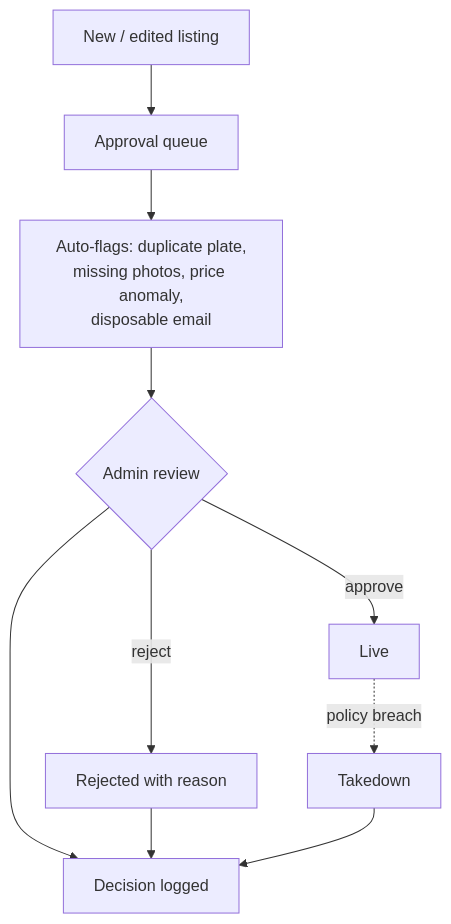
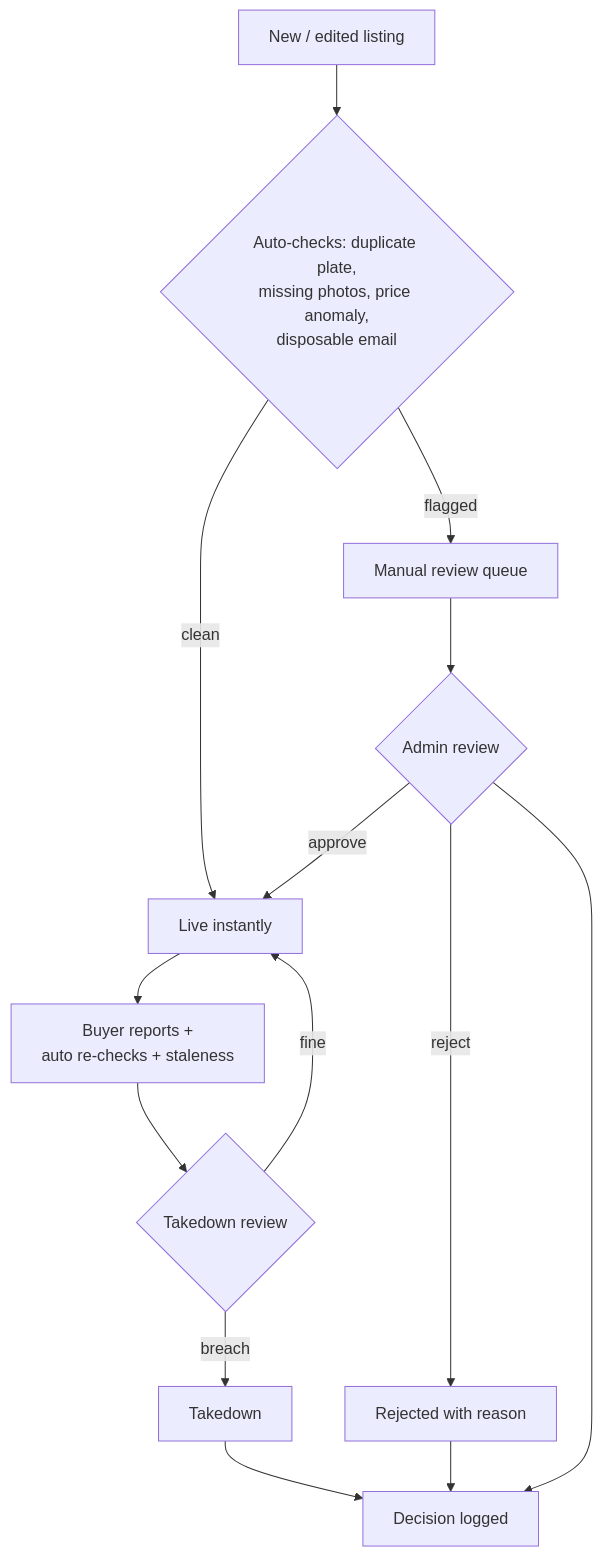
One commit to chiageng/vehicle-inventory changed the seventh of 7 diagrams in docs/flow.md. Above: the diagram before and after it, drawn with Mermaid. The commit also changed other lines of this file and 101 other files, not shown here.

````diff
--- a/docs/flow.md
+++ b/docs/flow.md
@@ -141,10 +151,14 @@
 ```mermaid
 flowchart TD
-    A[New / edited listing] --> B[Approval queue]
-    B --> C[Auto-flags: duplicate plate,<br>missing photos, price anomaly,<br>disposable email]
-    C --> D{Admin review}
-    D -- approve --> E[Live]
+    A[New / edited listing] --> C{Auto-checks: duplicate plate,<br>missing photos, price anomaly,<br>disposable email}
+    C -- clean --> E[Live instantly]
+    C -- flagged --> B[Manual review queue]
+    B --> D{Admin review}
+    D -- approve --> E
     D -- reject --> F[Rejected with reason]
-    E -.policy breach.-> G[Takedown]
+    E --> R[Buyer reports +<br>auto re-checks + staleness]
+    R --> S{Takedown review}
+    S -- breach --> G[Takedown]
+    S -- fine --> E
     D & F & G --> H[Decision logged]
 ```
````
